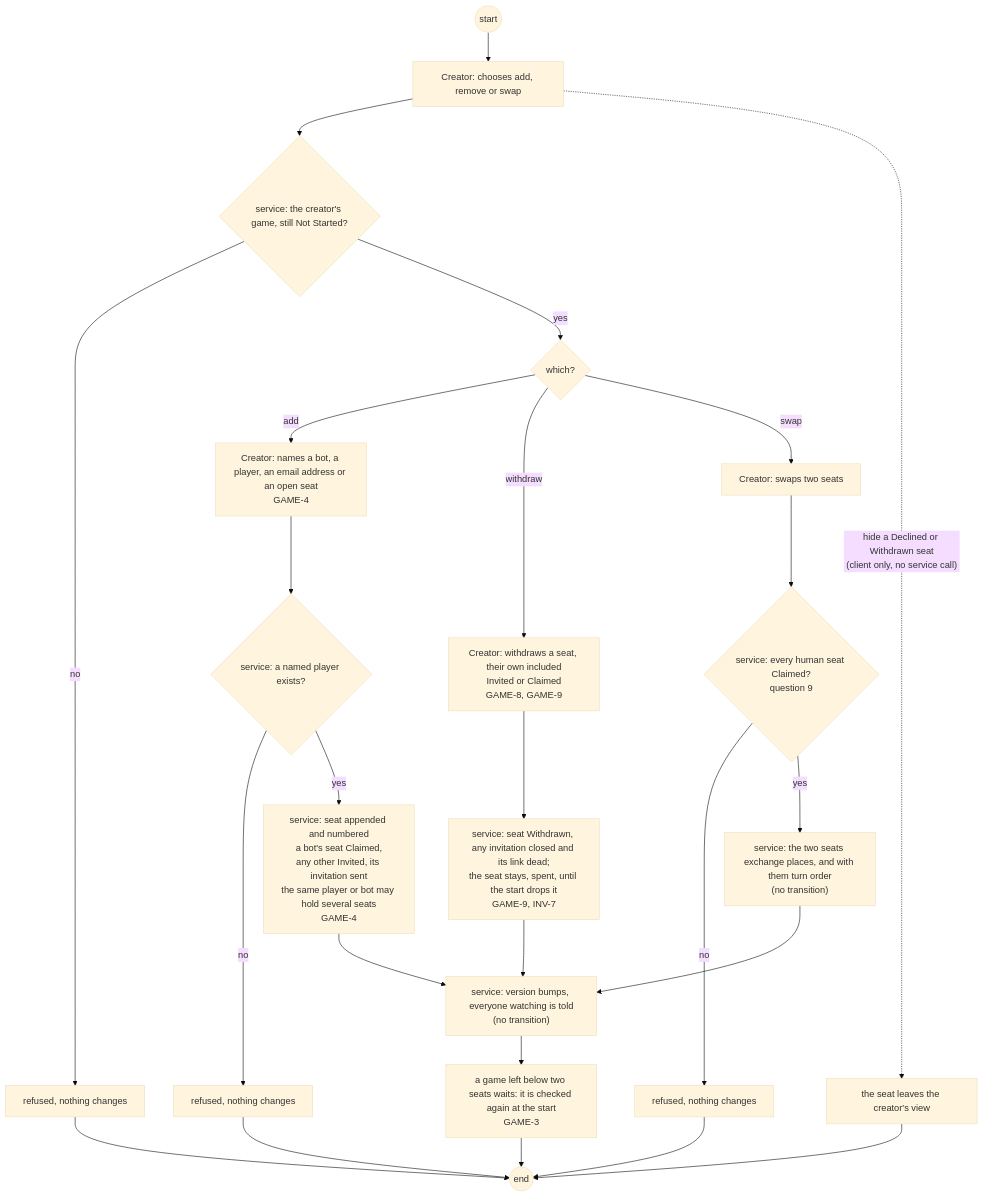
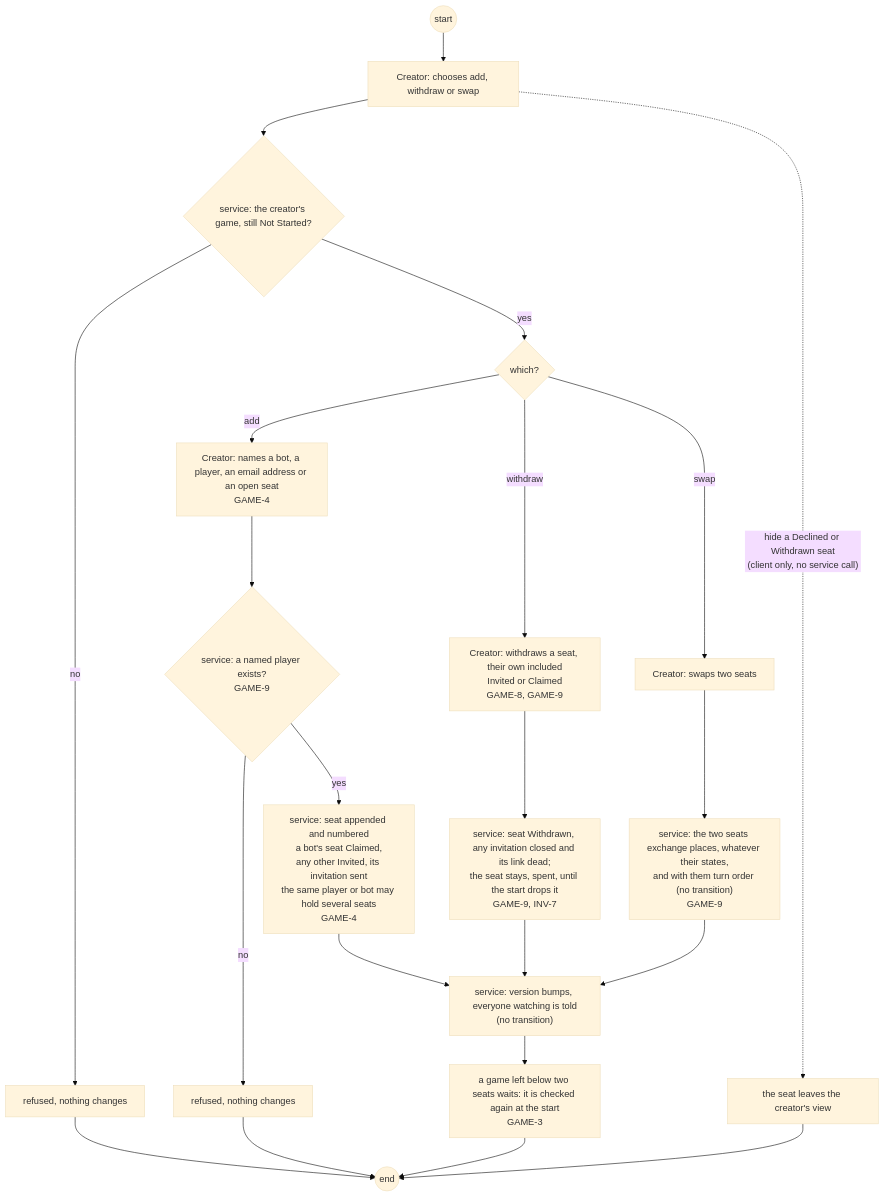
Before and after one commit to delphside/programme: the tenth of 22 diagrams in docs/changes/workstreams/application-game-architecture/71-one-game-model/71-functional.md, drawn with Mermaid (base theme). The commit also changed other lines of this file, not shown here.

Commit message:
app 0.9.2 api 2.16: GAME-9: named seats need an account, seats reorder freely until the start
Owner, 2026-10-15, closing #71 question 9: designed for the new
lifecycle rather than read from the code, the creator may reorder seats
in any state before the start.

Refs #71

Claude-Session: https://claude.ai/code/session_013RrHRzWMEwTePZNqMB1VMr

````diff
--- a/docs/changes/workstreams/application-game-architecture/71-one-game-model/71-functional.md
+++ b/docs/changes/workstreams/application-game-architecture/71-one-game-model/71-functional.md
@@ -254,27 +254,24 @@
 ```mermaid
 flowchart TD
-  s0((start)) --> c1["Creator: chooses add, remove or swap"]
+  s0((start)) --> c1["Creator: chooses add, withdraw or swap"]
   c1 --> v1{"service: the creator's game, still Not Started?"}
   v1 -- no --> r1["refused, nothing changes"]
   v1 -- yes --> d0{"which?"}
   d0 -- add --> c2["Creator: names a bot, a player, an email address or an open seat<br/>GAME-4"]
-  c2 --> v2{"service: a named player exists?"}
+  c2 --> v2{"service: a named player exists?<br/>GAME-9"}
   v2 -- no --> r2["refused, nothing changes"]
   v2 -- yes --> t1["service: seat appended and numbered<br/>a bot's seat Claimed,<br/>any other Invited, its invitation sent<br/>the same player or bot may hold several seats<br/>GAME-4"]
   c1 -. "hide a Declined or Withdrawn seat<br/>(client only, no service call)" .-> h1["the seat leaves the creator's view"]
   h1 --> e0
   d0 -- withdraw --> c3["Creator: withdraws a seat, their own included<br/>Invited or Claimed<br/>GAME-8, GAME-9"]
   c3 --> t2["service: seat Withdrawn, any invitation closed and its link dead;<br/>the seat stays, spent, until the start drops it<br/>GAME-9, INV-7"]
   d0 -- swap --> c4["Creator: swaps two seats"]
-  c4 --> v4{"service: every human seat Claimed?<br/>question 9"}
-  v4 -- no --> r4["refused, nothing changes"]
-  v4 -- yes --> t3["service: the two seats exchange places, and with them turn order<br/>(no transition)"]
+  c4 --> t3["service: the two seats exchange places, whatever their states,<br/>and with them turn order (no transition)<br/>GAME-9"]
   t1 --> t4["service: version bumps, everyone watching is told<br/>(no transition)"]
   t2 --> t4
   t3 --> t4
   t4 --> n0["a game left below two seats waits: it is checked again at the start<br/>GAME-3"]
   n0 --> e0((end))
   r1 --> e0
   r2 --> e0
-  r4 --> e0
 ```
````
